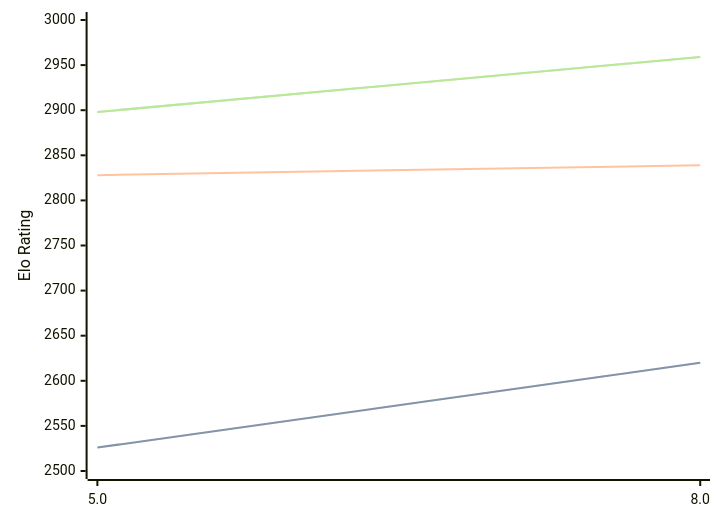
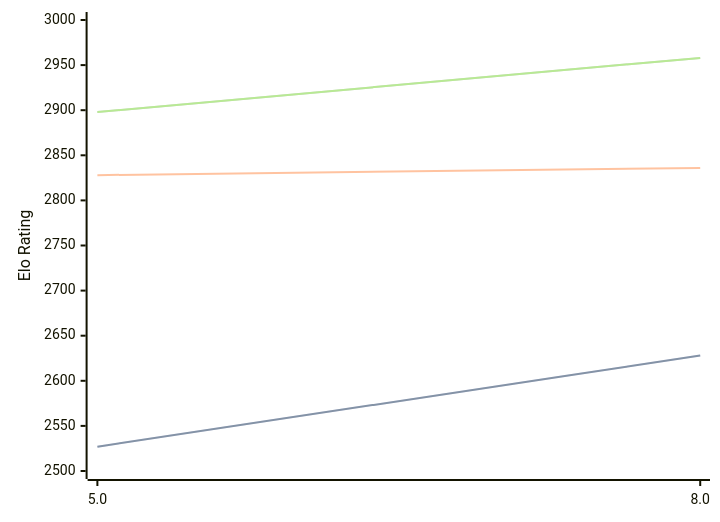
The diagram in engines/4kc.md (computer-chess-index/cci), drawn with Mermaid before and after one commit. The commit also changed other lines of this file, not shown here.

Commit message:
Update CCI Ratings (ELO VLTC) - 2026-03-14

````diff
--- a/engines/4kc.md
+++ b/engines/4kc.md
@@ -39,11 +39,11 @@
 ```mermaid
 %%{init: {"theme":"base","themeVariables":{"seriesColors:['#a3a3a3','#222221','#faa371']}}}%%
 xychart-beta
   x-axis ["5.0", "8.0"]
   y-axis "Elo Rating" 2500 --> 3000
-  line "STC (8.0+0.08s)" [2526, 2620]
-  line "STC (8.0+0.08s)" [2526, 2620]
-  line "LTC (60.0+0.60s)" [2828, 2839]
-  line "VLTC (2m24s+1.12s)" [2898, 2959]
-  line "VLTC (2m24s+1.12s)" [2898, 2959]
+  line "STC (8.0+0.08s)" [2527, 2628]
+  line "STC (8.0+0.08s)" [2527, 2628]
+  line "LTC (60.0+0.60s)" [2828, 2836]
+  line "VLTC (2m24s+1.12s)" [2898, 2958]
+  line "VLTC (2m24s+1.12s)" [2898, 2958]
 ```
````
